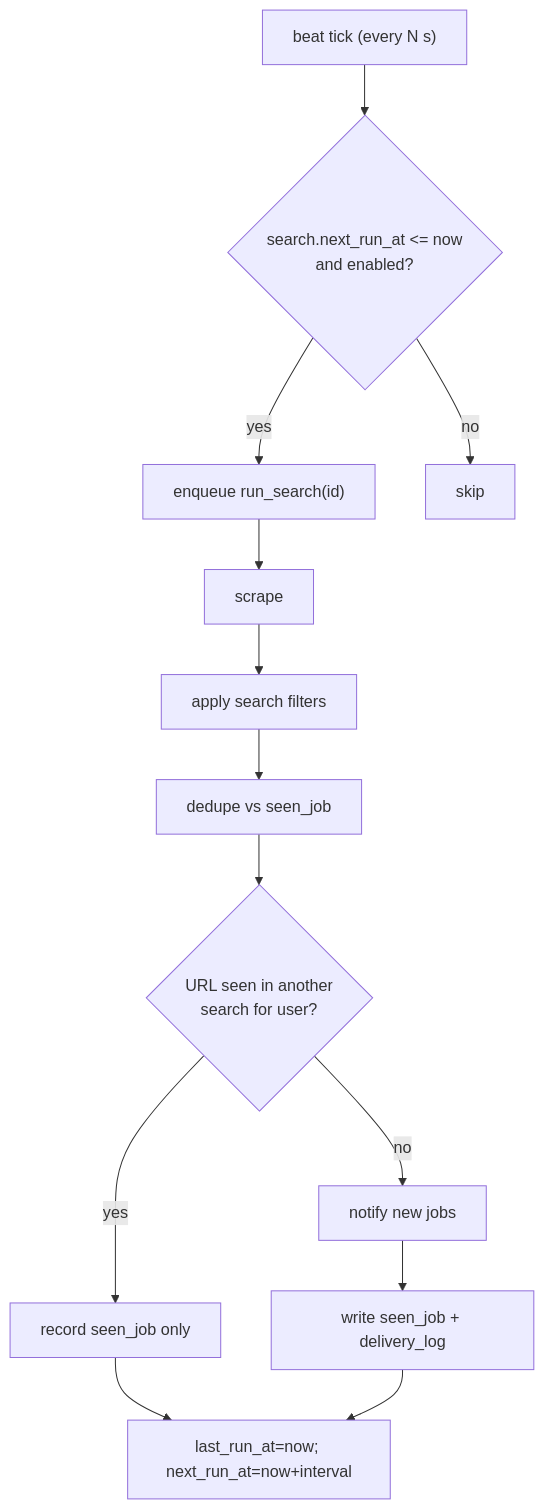
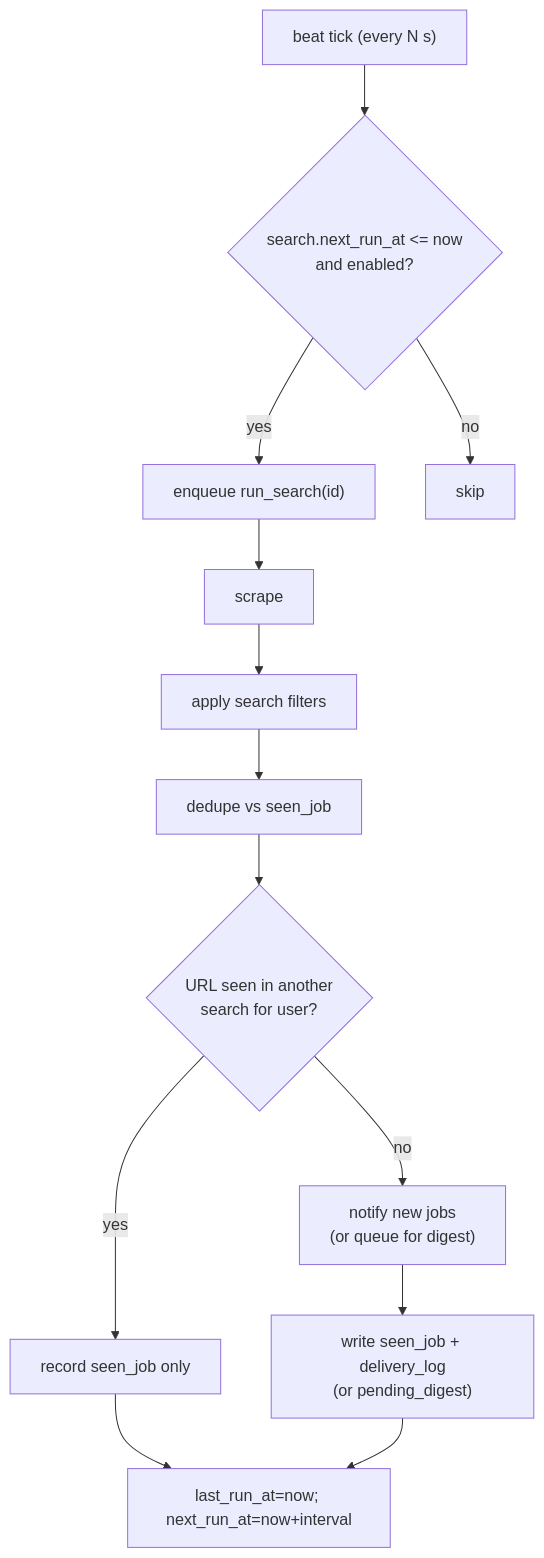
Before and after one commit to davidcristian/HeadStart: the diagram in docs/modules/worker.md, drawn with Mermaid. The commit also changed other lines of this file and 30 other files, not shown here.

First line of the commit message:
feat: add digest mode for batched job notifications

````diff
--- a/docs/modules/worker.md
+++ b/docs/modules/worker.md
@@ -33,14 +34,14 @@
 ```mermaid
 flowchart TD
   tick["beat tick (every N s)"] --> q{"search.next_run_at <= now\nand enabled?"}
   q -->|yes| enqueue["enqueue run_search(id)"]
   q -->|no| skip[skip]
   enqueue --> scrape[scrape] --> filter[apply search filters]
   filter --> dedupe[dedupe vs seen_job]
   dedupe --> cross{"URL seen in another\nsearch for user?"}
   cross -->|yes| record_only[record seen_job only]
-  cross -->|no| notify["notify new jobs"]
+  cross -->|no| notify["notify new jobs\n(or queue for digest)"]
   record_only --> reschedule
-  notify --> record["write seen_job + delivery_log"]
+  notify --> record["write seen_job + delivery_log\n(or pending_digest)"]
   record --> reschedule["last_run_at=now; next_run_at=now+interval"]
 ```
````
